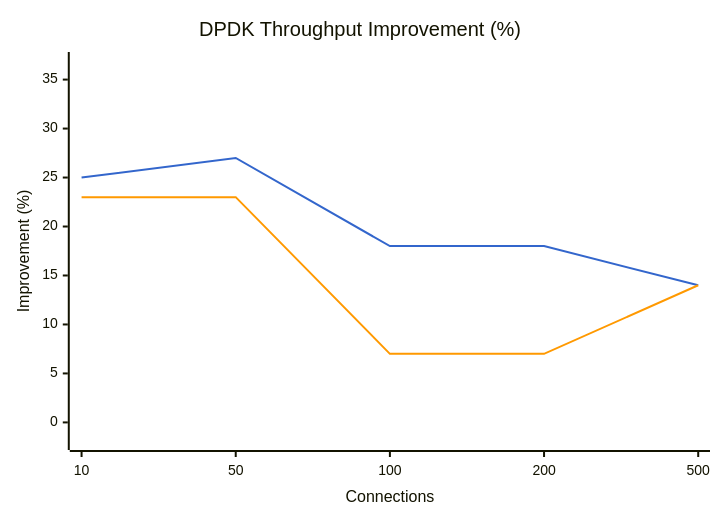
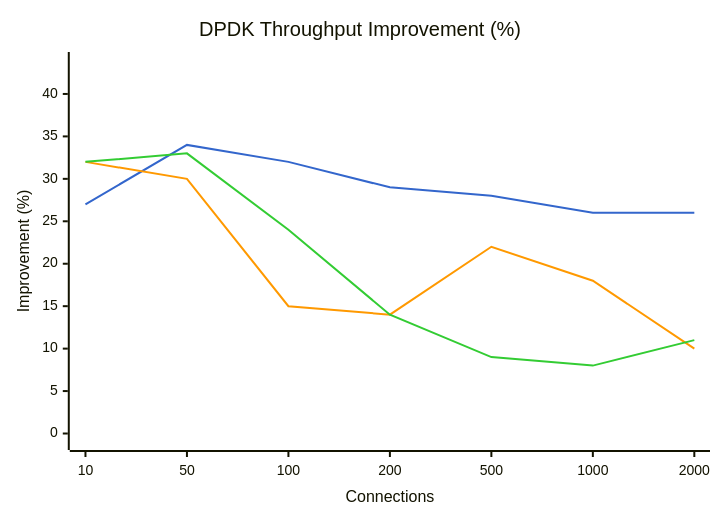
One commit to youyuanwu/bypass-misc changed the third of 6 diagrams in docs/Bench/Azure/Standard_D4s_v5.md. Above: the diagram before and after it, drawn with Mermaid. The commit also changed other lines of this file and 15 other files, not shown here.

````diff
--- a/docs/Bench/Azure/Standard_D4s_v5.md
+++ b/docs/Bench/Azure/Standard_D4s_v5.md
@@ -71,14 +86,15 @@
 ```mermaid
 ---
 config:
     themeVariables:
         xyChart:
-            plotColorPalette: "#3366cc, #ff9900"
+            plotColorPalette: "#3366cc, #ff9900, #33cc33"
 ---
 xychart-beta
     title "DPDK Throughput Improvement (%)"
-    x-axis "Connections" [10, 50, 100, 200, 500]
-    y-axis "Improvement (%)" -2 --> 37
-    line "vs tokio" [25, 27, 18, 18, 14]
-    line "vs tokio-local" [23, 23, 7, 7, 14]
+    x-axis "Connections" [10, 50, 100, 200, 500, 1000, 2000]
+    y-axis "Improvement (%)" -1 --> 44
+    line "vs tokio" [27, 34, 32, 29, 28, 26, 26]
+    line "vs tokio-local" [32, 30, 15, 14, 22, 18, 10]
+    line "vs kimojio" [32, 33, 24, 14, 9, 8, 11]
 ```
````
